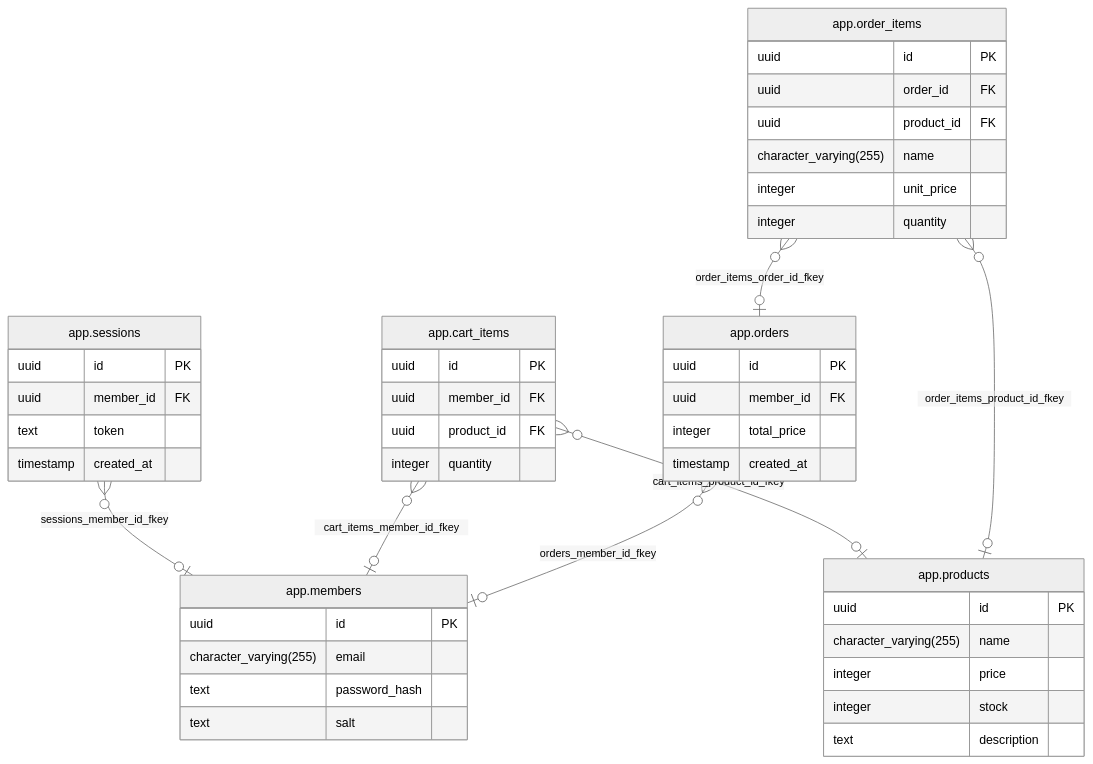
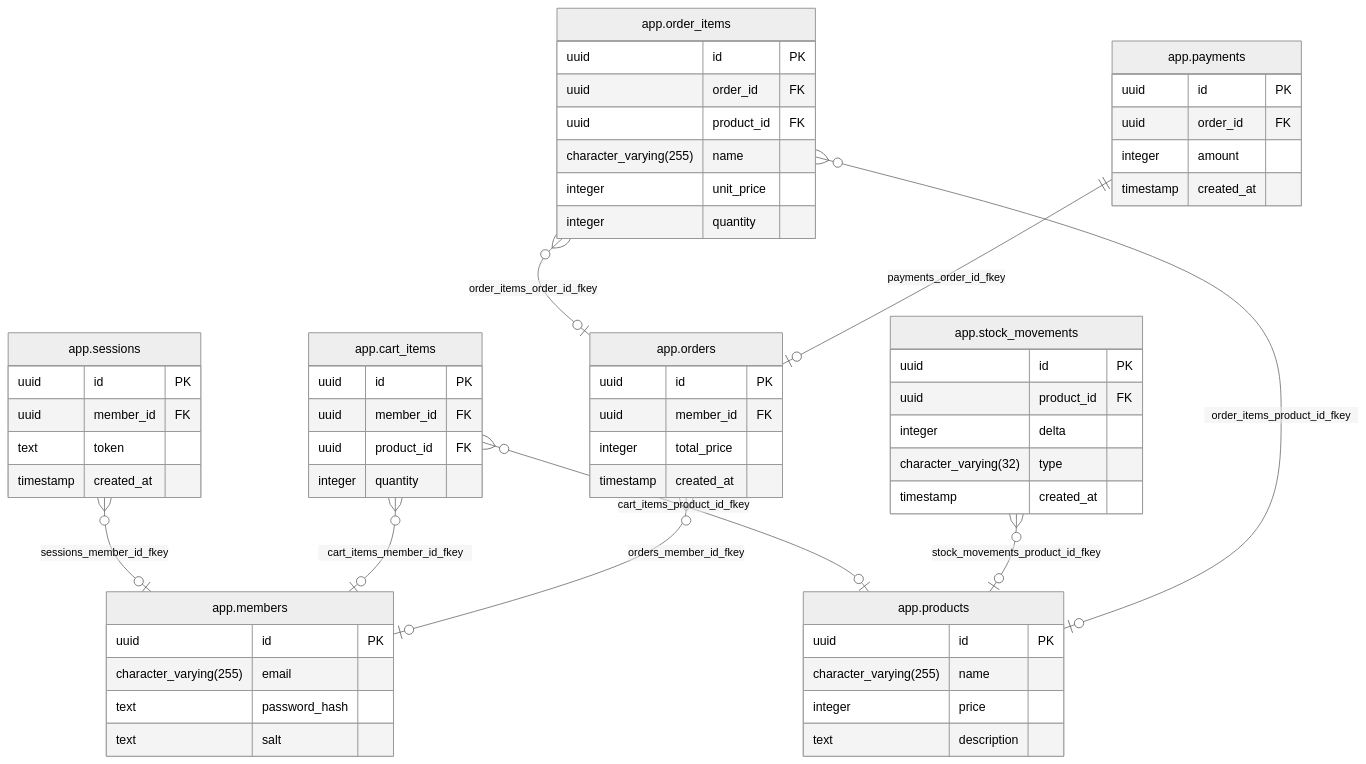
The diagram in docs/erd.md (NabeKz/es-site), drawn with Mermaid (neutral theme) before and after one commit. The commit also changed 8 other files, not shown here.

````diff
--- a/docs/erd.md
+++ b/docs/erd.md
@@ -1,49 +1,66 @@
 ```mermaid
 erDiagram
+    %% Resources
     app_members["app.members"] {
       uuid id PK
       character_varying(255) email
       text password_hash
       text salt
     }
     app_sessions["app.sessions"] {
       uuid id PK
       uuid member_id FK
       text token
       timestamp created_at
     }
     app_products["app.products"] {
       uuid id PK
       character_varying(255) name
       integer price
-      integer stock
       text description
     }
     app_cart_items["app.cart_items"] {
       uuid id PK
       uuid member_id FK
       uuid product_id FK
       integer quantity
+    }
+
+    %% Events
+    app_stock_movements["app.stock_movements"] {
+      uuid id PK
+      uuid product_id FK
+      integer delta
+      character_varying(32) type
+      timestamp created_at
     }
     app_orders["app.orders"] {
       uuid id PK
       uuid member_id FK
       integer total_price
       timestamp created_at
     }
     app_order_items["app.order_items"] {
       uuid id PK
       uuid order_id FK
       uuid product_id FK
       character_varying(255) name
       integer unit_price
       integer quantity
     }
+    app_payments["app.payments"] {
+      uuid id PK
+      uuid order_id FK
+      integer amount
+      timestamp created_at
+    }
 
     app_sessions }o--o| app_members : sessions_member_id_fkey
     app_cart_items }o--o| app_members : cart_items_member_id_fkey
     app_cart_items }o--o| app_products : cart_items_product_id_fkey
+    app_stock_movements }o--o| app_products : stock_movements_product_id_fkey
     app_orders }o--o| app_members : orders_member_id_fkey
     app_order_items }o--o| app_orders : order_items_order_id_fkey
     app_order_items }o--o| app_products : order_items_product_id_fkey
+    app_payments ||--o| app_orders : payments_order_id_fkey
 ```
````
